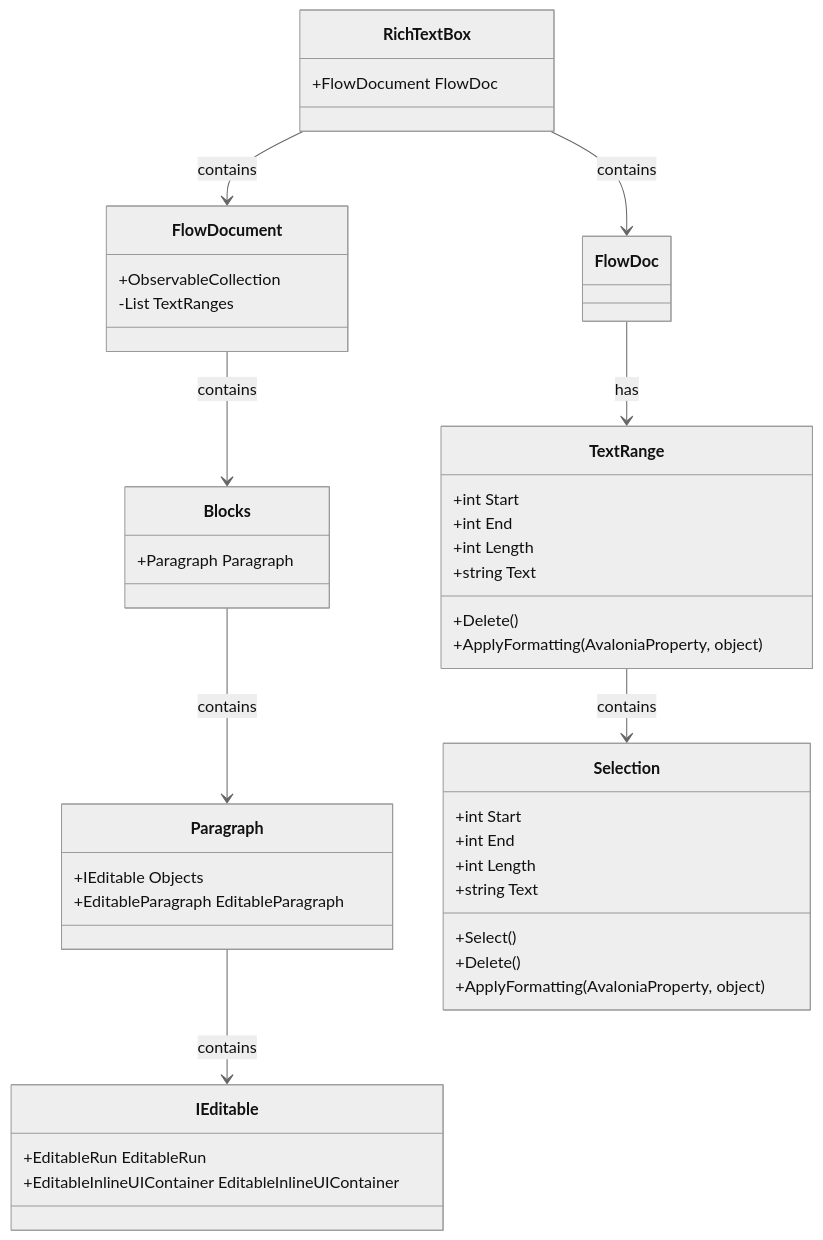
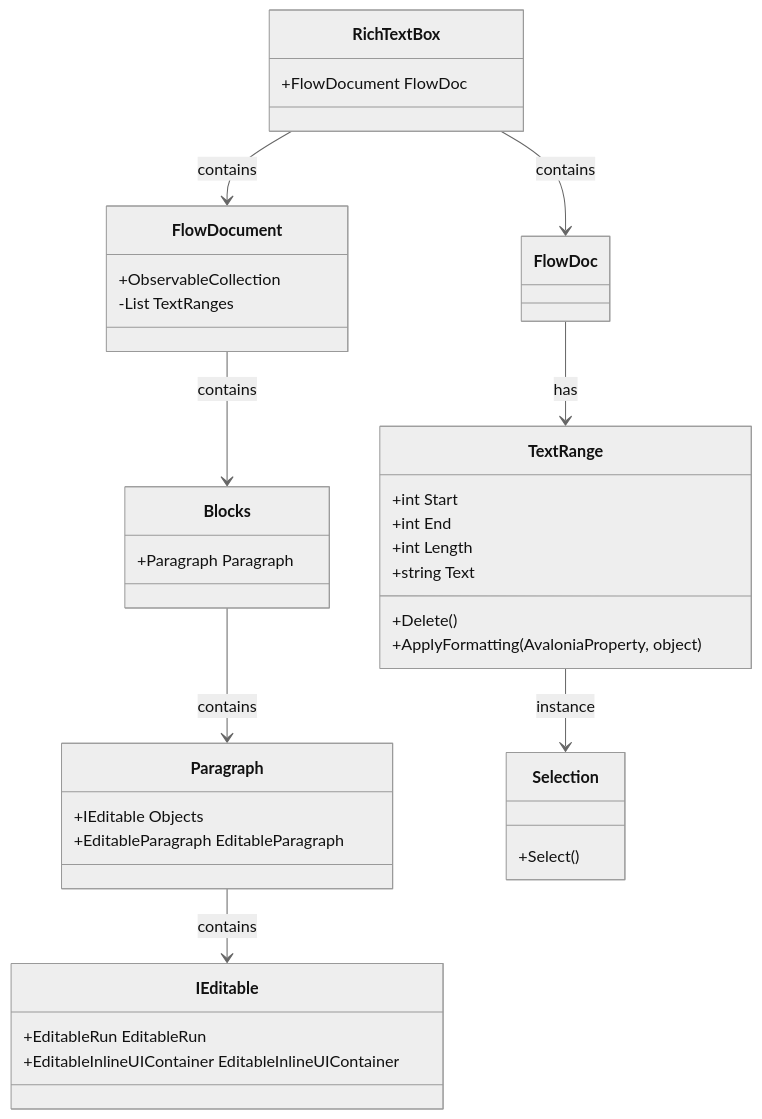
The diagram in README.md (cuikp/AvRichTextBox), drawn with Mermaid (neutral theme) before and after one commit.

Commit message:
Update project files

````diff
--- a/README.md
+++ b/README.md
@@ -13,47 +13,41 @@
 ```mermaid
 classDiagram
     class RichTextBox{
         +FlowDocument FlowDoc
     }
     class FlowDocument{
         +ObservableCollection<Blocks>
         -List<TextRange> TextRanges
     }
     class Blocks{
         +Paragraph Paragraph
     }
     class Paragraph{
         +IEditable Objects
         +EditableParagraph EditableParagraph
     }
     class IEditable{
         +EditableRun EditableRun
         +EditableInlineUIContainer EditableInlineUIContainer
     }
     class Selection{
-        +int Start
-        +int End
-        +int Length
         +Select()
-        +Delete()
-        +string Text
-        +ApplyFormatting(AvaloniaProperty, object)
     }
     class TextRange{
         +int Start
         +int End
         +int Length
         +Delete()
         +string Text
         +ApplyFormatting(AvaloniaProperty, object)
     }
 
     RichTextBox --> FlowDocument : contains
     FlowDocument --> Blocks : contains
+    FlowDoc --> TextRange : has
     Blocks --> Paragraph : contains
     Paragraph --> IEditable : contains
-    FlowDoc --> TextRange : has
-    TextRange --> Selection : contains
+    TextRange --> Selection : instance
     RichTextBox --> FlowDoc : contains
 
 ```
````
